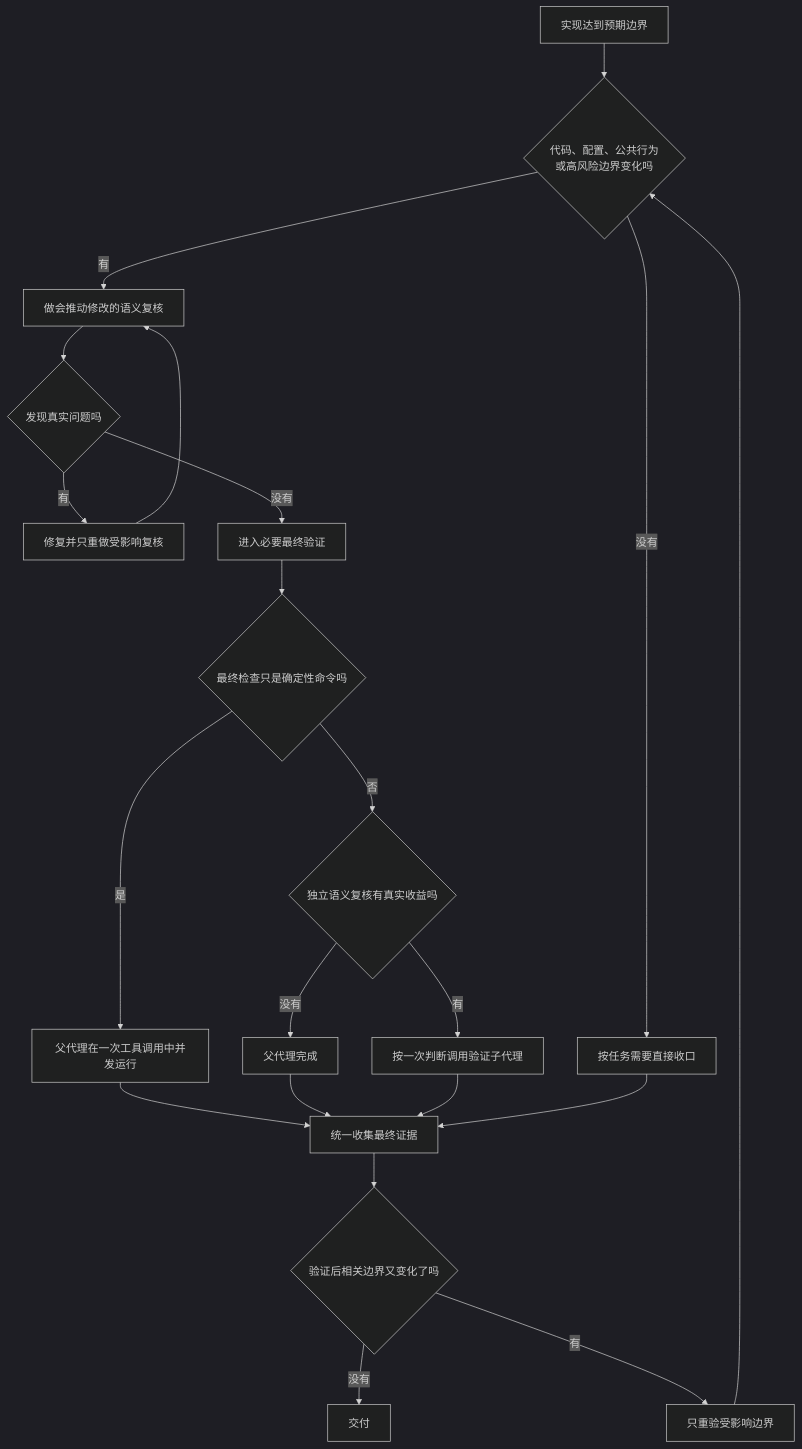
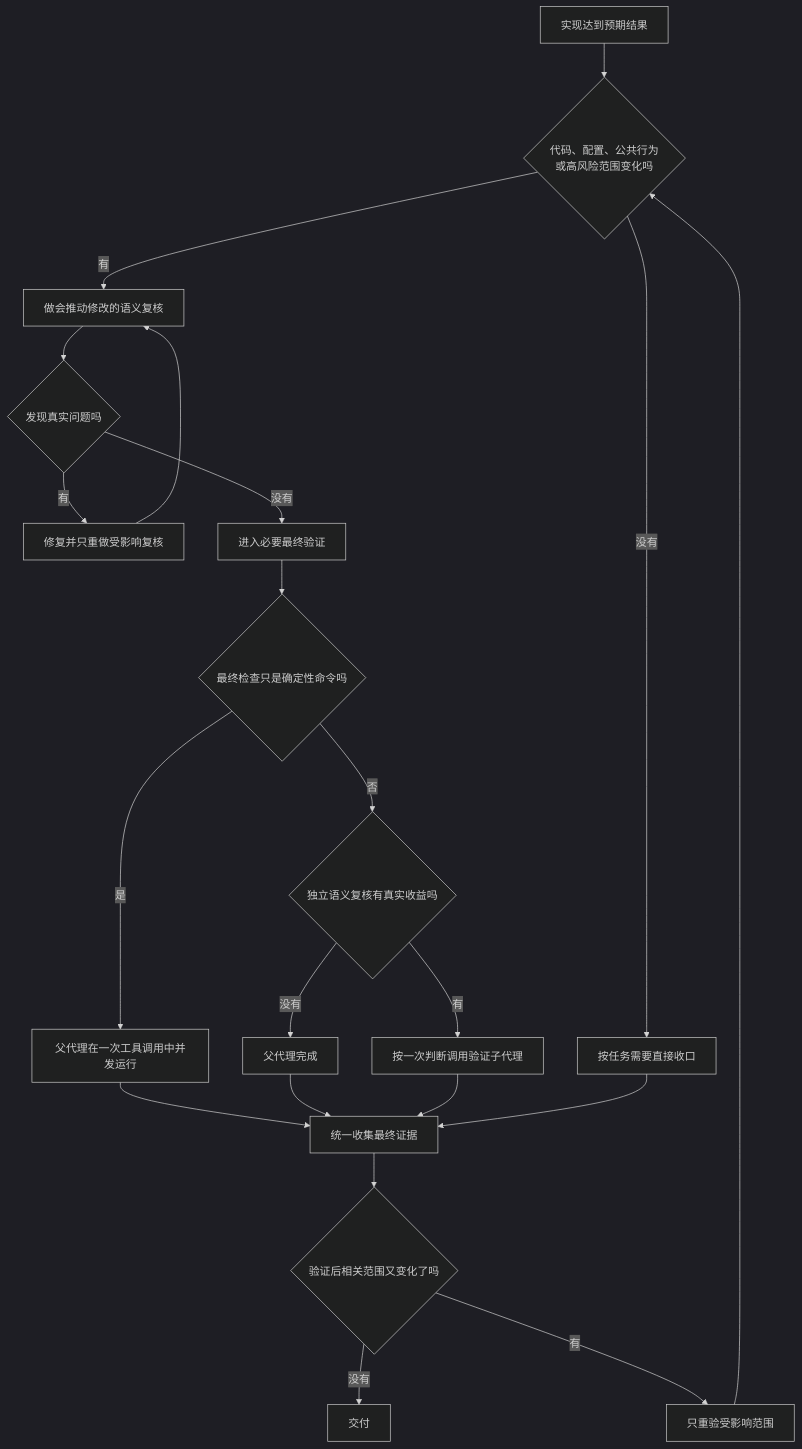
The eighth of 13 diagrams in skills/lean-stack/references/flowcharts-zh.md (Lang45/codex-lean-stack), drawn with Mermaid (dark theme) before and after one commit. The commit also changed other lines of this file and 24 other files, not shown here.

````diff
--- a/skills/lean-stack/references/flowcharts-zh.md
+++ b/skills/lean-stack/references/flowcharts-zh.md
@@ -518,23 +521,23 @@
 ```mermaid
 flowchart TD
-    A[实现达到预期边界] --> B{代码、配置、公共行为<br/>或高风险边界变化吗}
+    A[实现达到预期结果] --> B{代码、配置、公共行为<br/>或高风险范围变化吗}
     B -->|没有| C[按任务需要直接收口]
     B -->|有| D[做会推动修改的语义复核]
     D --> E{发现真实问题吗}
     E -->|有| F[修复并只重做受影响复核]
     F --> D
     E -->|没有| G[进入必要最终验证]
     G --> H{最终检查只是确定性命令吗}
     H -->|是| I[父代理在一次工具调用中并发运行]
     H -->|否| J{独立语义复核有真实收益吗}
     J -->|没有| K[父代理完成]
     J -->|有| L[按一次判断调用验证子代理]
     I --> M[统一收集最终证据]
     K --> M
     L --> M
     C --> M
-    M --> N{验证后相关边界又变化了吗}
+    M --> N{验证后相关范围又变化了吗}
     N -->|没有| O[交付]
-    N -->|有| P[只重验受影响边界]
+    N -->|有| P[只重验受影响范围]
     P --> B
 ```
````
